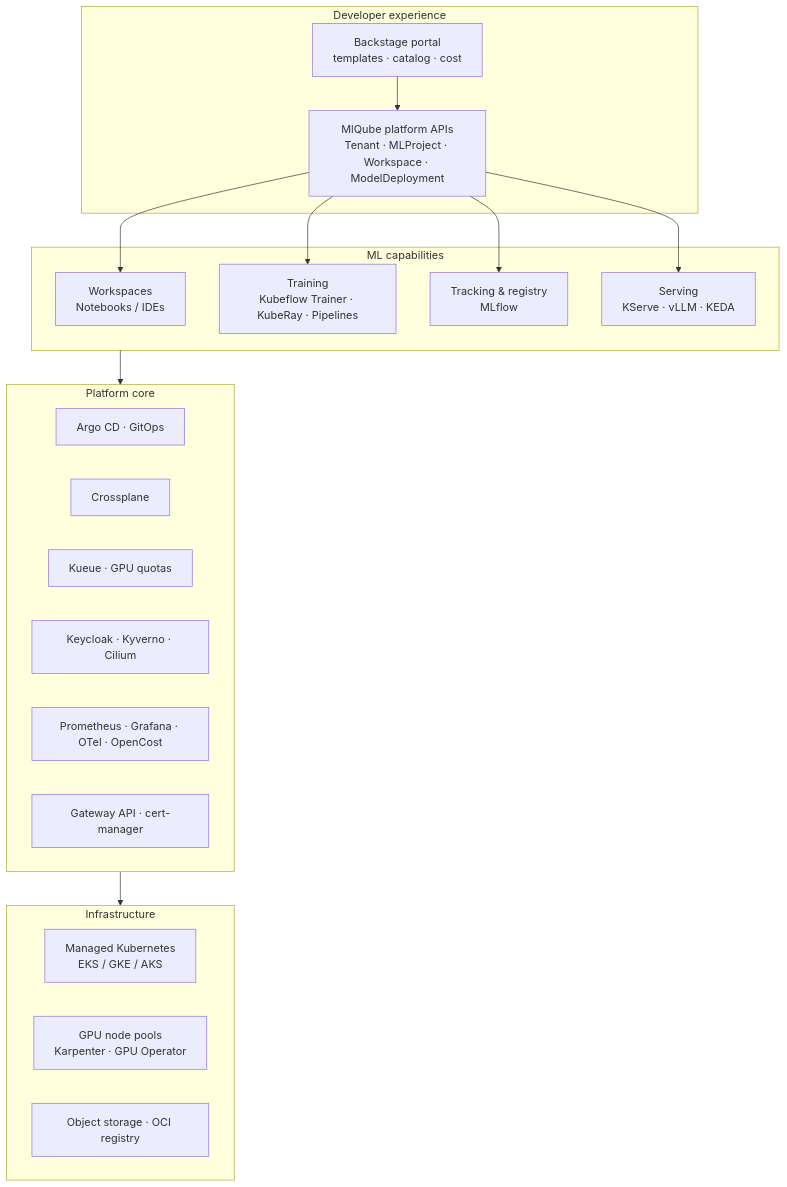
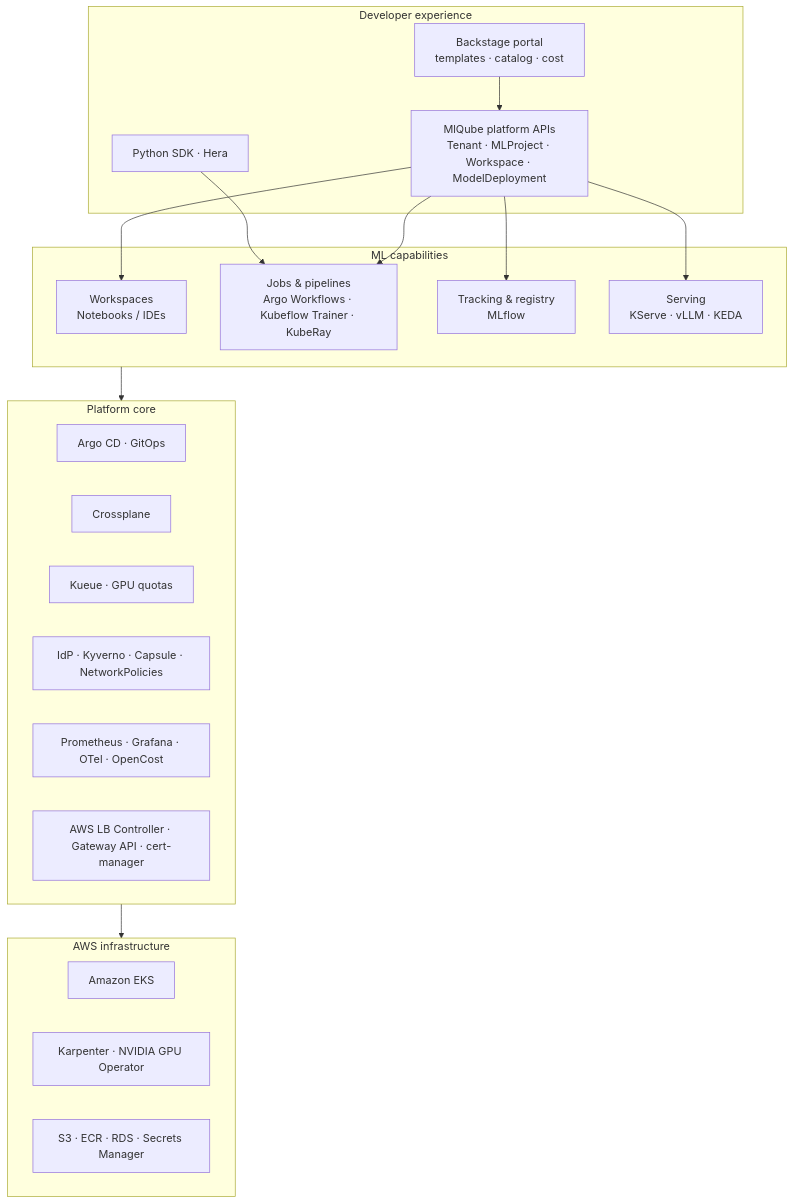
Before and after one commit to mlqube/.github: the second of 4 diagrams in docs/architecture.md, drawn with Mermaid. The commit also changed other lines of this file and 13 other files, not shown here.

Commit message:
docs: add ADRs 0002-0008 (AWS/EKS, topology, Argo Workflows + Hera, tenancy, Crossplane, MLflow, sandboxing); update architecture and roadmap

````diff
--- a/docs/architecture.md
+++ b/docs/architecture.md
@@ -7,34 +67,36 @@
 ```mermaid
 flowchart TB
     subgraph Portal["Developer experience"]
-        BS[Backstage portal<br/>templates · catalog · cost]
+        UI[Backstage portal<br/>templates · catalog · cost]
+        SDK[Python SDK · Hera]
         API[MlQube platform APIs<br/>Tenant · MLProject · Workspace · ModelDeployment]
     end
 
     subgraph ML["ML capabilities"]
         WS[Workspaces<br/>Notebooks / IDEs]
-        TR[Training<br/>Kubeflow Trainer · KubeRay · Pipelines]
+        JOBS[Jobs & pipelines<br/>Argo Workflows · Kubeflow Trainer · KubeRay]
         REG[Tracking & registry<br/>MLflow]
         SRV[Serving<br/>KServe · vLLM · KEDA]
     end
 
     subgraph Core["Platform core"]
         GITOPS[Argo CD · GitOps]
-        XP[Crossplane]
+        XPC[Crossplane]
         Q[Kueue · GPU quotas]
-        SEC[Keycloak · Kyverno · Cilium]
-        OBS[Prometheus · Grafana · OTel · OpenCost]
-        GW[Gateway API · cert-manager]
+        SEC[IdP · Kyverno · Capsule · NetworkPolicies]
+        OBSC[Prometheus · Grafana · OTel · OpenCost]
+        GW[AWS LB Controller · Gateway API · cert-manager]
     end
 
-    subgraph Infra["Infrastructure"]
-        K8S[Managed Kubernetes<br/>EKS / GKE / AKS]
-        GPU[GPU node pools<br/>Karpenter · GPU Operator]
-        STO[Object storage · OCI registry]
+    subgraph Infra["AWS infrastructure"]
+        EKS[Amazon EKS]
+        KARP[Karpenter · NVIDIA GPU Operator]
+        STO[S3 · ECR · RDS · Secrets Manager]
     end
 
-    BS --> API
-    API --> WS & TR & REG & SRV
+    UI --> API
+    SDK --> JOBS
+    API --> WS & JOBS & REG & SRV
     ML --> Core
     Core --> Infra
 ```
````
